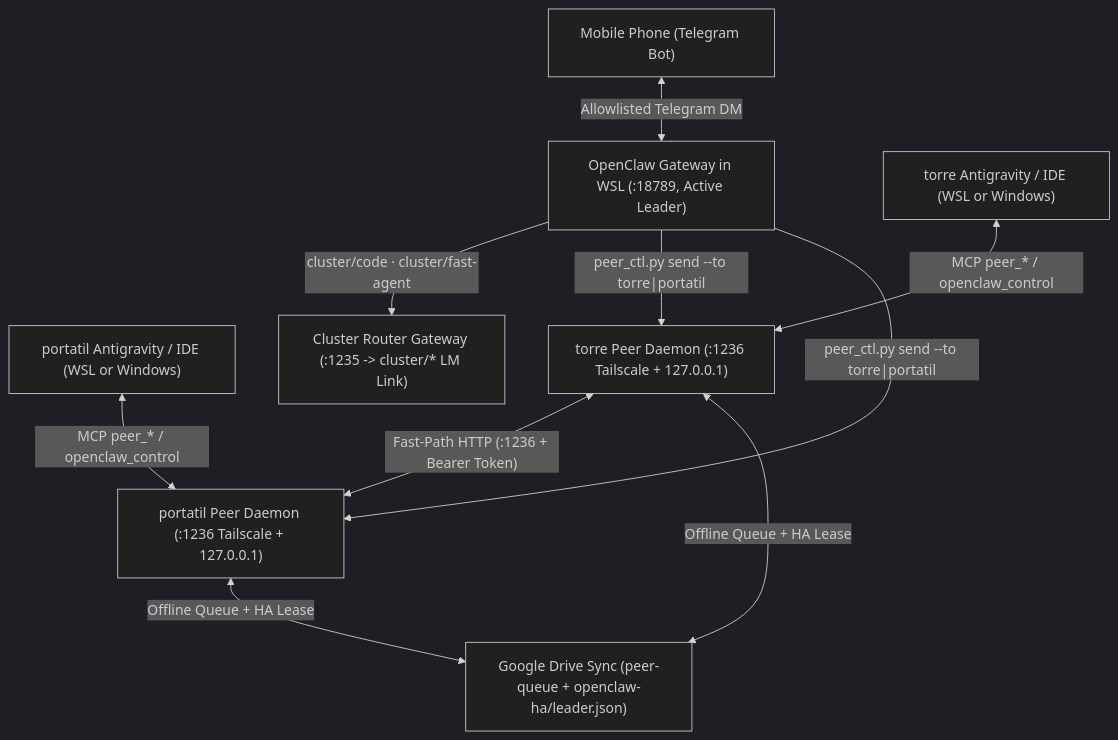
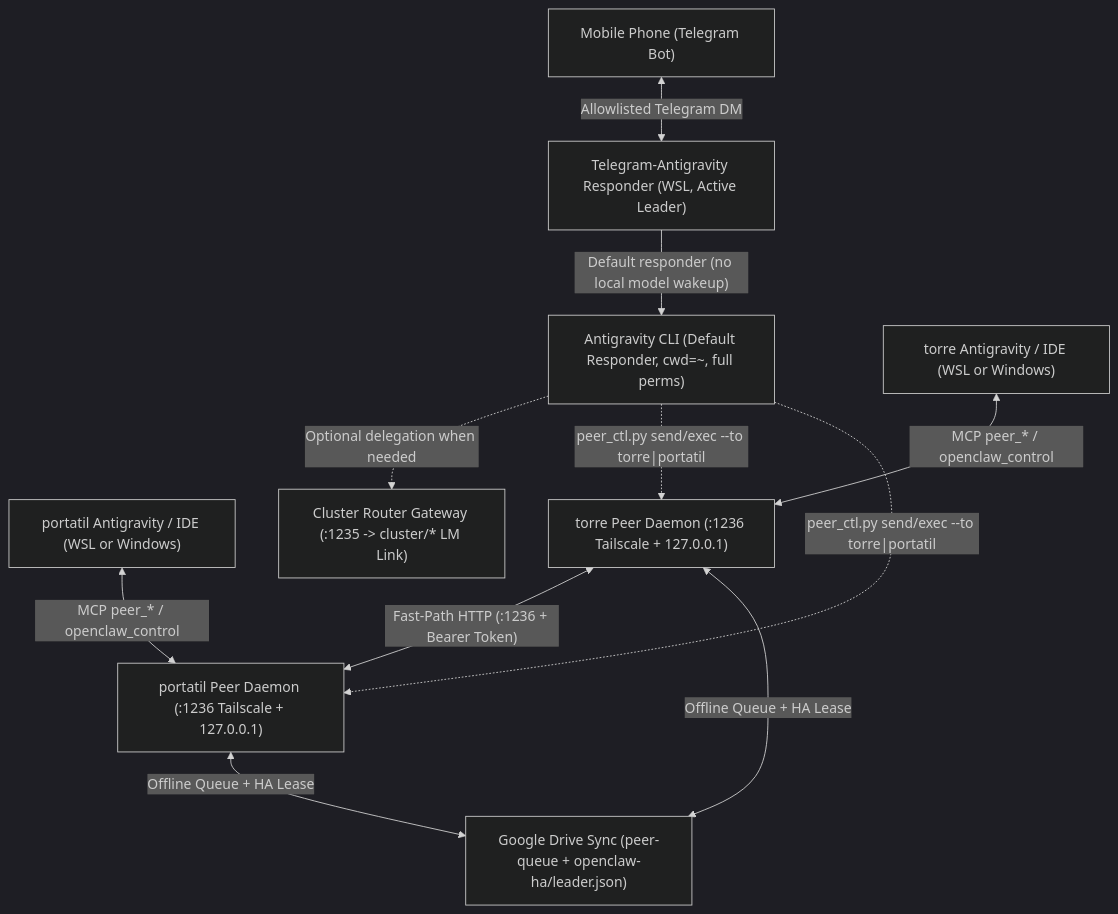
Before and after one commit to hvepo/cluster-hw-llm-optimization: the diagram in docs/PEER_AND_OPENCLAW.md, drawn with Mermaid (dark theme). The commit also changed other lines of this file and 6 other files, not shown here.

Commit message:
feat(telegram): make Antigravity the default HA Telegram responder with project-independent full permissions

````diff
--- a/docs/PEER_AND_OPENCLAW.md
+++ b/docs/PEER_AND_OPENCLAW.md
@@ -9,21 +9,23 @@
 ```mermaid
 flowchart TD
     Phone["Mobile Phone (Telegram Bot)"]
-    OpenClaw["OpenClaw Gateway in WSL (:18789, Active Leader)"]
+    Bridge["Telegram-Antigravity Responder (WSL, Active Leader)"]
+    Agy["Antigravity CLI (Default Responder, cwd=~, full perms)"]
     TorreAgy["torre Antigravity / IDE (WSL or Windows)"]
     PortatilAgy["portatil Antigravity / IDE (WSL or Windows)"]
     TorrePeer["torre Peer Daemon (:1236 Tailscale + 127.0.0.1)"]
     PortatilPeer["portatil Peer Daemon (:1236 Tailscale + 127.0.0.1)"]
     Drive["Google Drive Sync (peer-queue + openclaw-ha/leader.json)"]
     Gateway["Cluster Router Gateway (:1235 -> cluster/* LM Link)"]
 
-    Phone <-->|"Allowlisted Telegram DM"| OpenClaw
-    OpenClaw -->|"cluster/code · cluster/fast-agent"| Gateway
-    OpenClaw -->|"peer_ctl.py send --to torre|portatil"| TorrePeer
-    OpenClaw -->|"peer_ctl.py send --to torre|portatil"| PortatilPeer
+    Phone <-->|"Allowlisted Telegram DM"| Bridge
+    Bridge -->|"Default responder (no local model wakeup)"| Agy
+    Agy -.->|"Optional delegation when needed"| Gateway
+    Agy -.->|"peer_ctl.py send/exec --to torre|portatil"| TorrePeer
+    Agy -.->|"peer_ctl.py send/exec --to torre|portatil"| PortatilPeer
     TorreAgy <-->|"MCP peer_* / openclaw_control"| TorrePeer
     PortatilAgy <-->|"MCP peer_* / openclaw_control"| PortatilPeer
     TorrePeer <-->|"Fast-Path HTTP (:1236 + Bearer Token)"| PortatilPeer
     TorrePeer <-->|"Offline Queue + HA Lease"| Drive
     PortatilPeer <-->|"Offline Queue + HA Lease"| Drive
 ```
````
